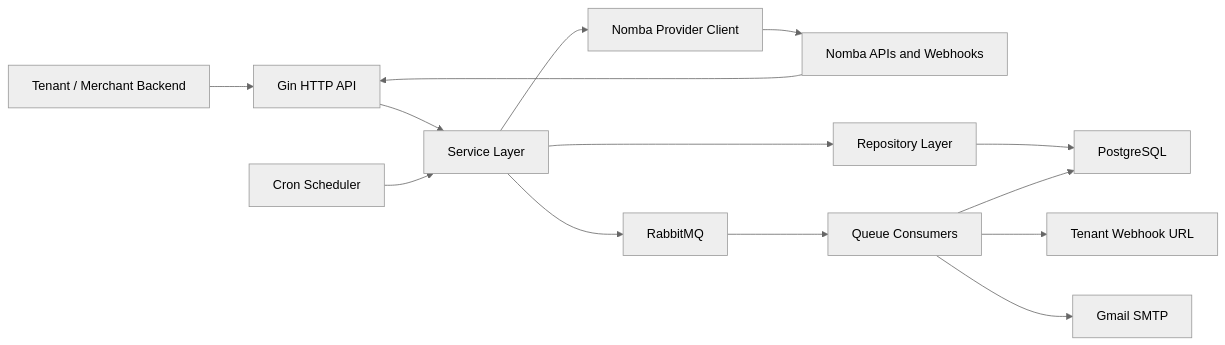
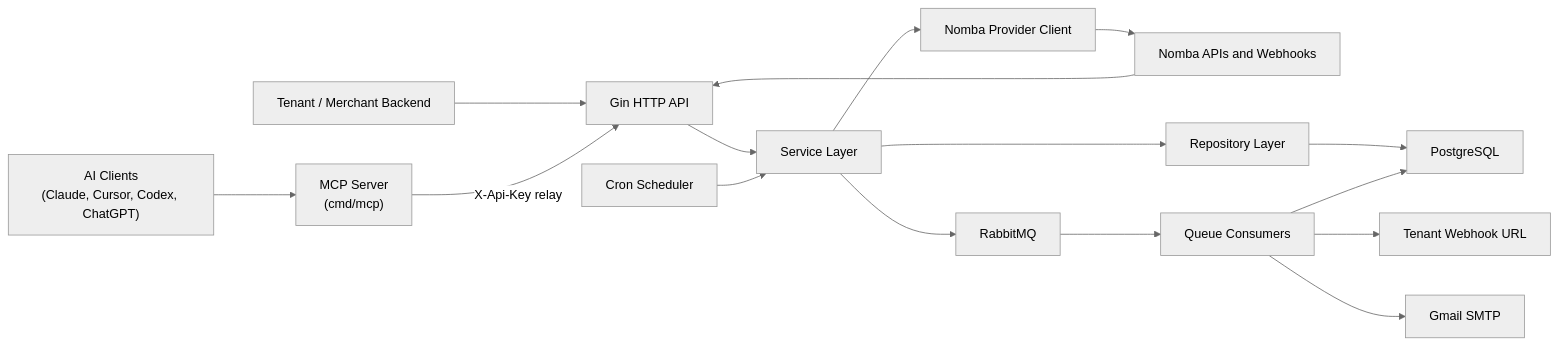
One commit to daniel-oluwadunsin/nombasub changed the diagram in README.md. Above: the diagram before and after it, drawn with Mermaid (neutral theme). The commit also changed other lines of this file, not shown here.

First line of the commit message:
docs: add MCP section to README and refresh architecture diagram

````diff
--- a/README.md
+++ b/README.md
@@ -46,20 +48,22 @@
 ```mermaid
 flowchart LR
     Client["Tenant / Merchant Backend"] --> API["Gin HTTP API"]
+    AI["AI Clients<br/>(Claude, Cursor, Codex, ChatGPT)"] --> MCP["MCP Server<br/>(cmd/mcp)"]
+    MCP -- "X-Api-Key relay" --> API
     Nomba["Nomba APIs and Webhooks"] --> API
 
     API --> Services["Service Layer"]
     Services --> Repos["Repository Layer"]
     Repos --> Postgres["PostgreSQL"]
 
     Services --> NombaClient["Nomba Provider Client"]
     NombaClient --> Nomba
 
     Services --> RabbitMQ["RabbitMQ"]
     RabbitMQ --> Consumers["Queue Consumers"]
     Consumers --> Postgres
     Consumers --> TenantWebhook["Tenant Webhook URL"]
     Consumers --> SMTP["Gmail SMTP"]
 
     Scheduler["Cron Scheduler"] --> Services
 ```
````
